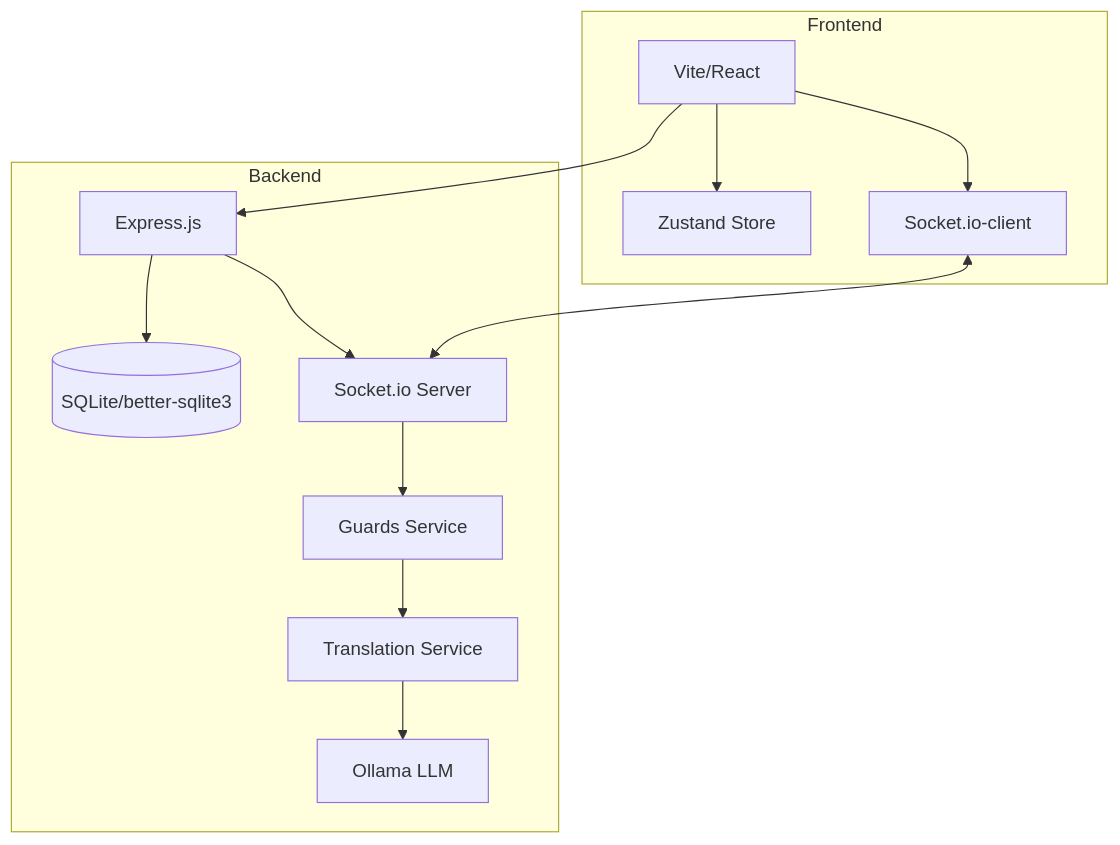
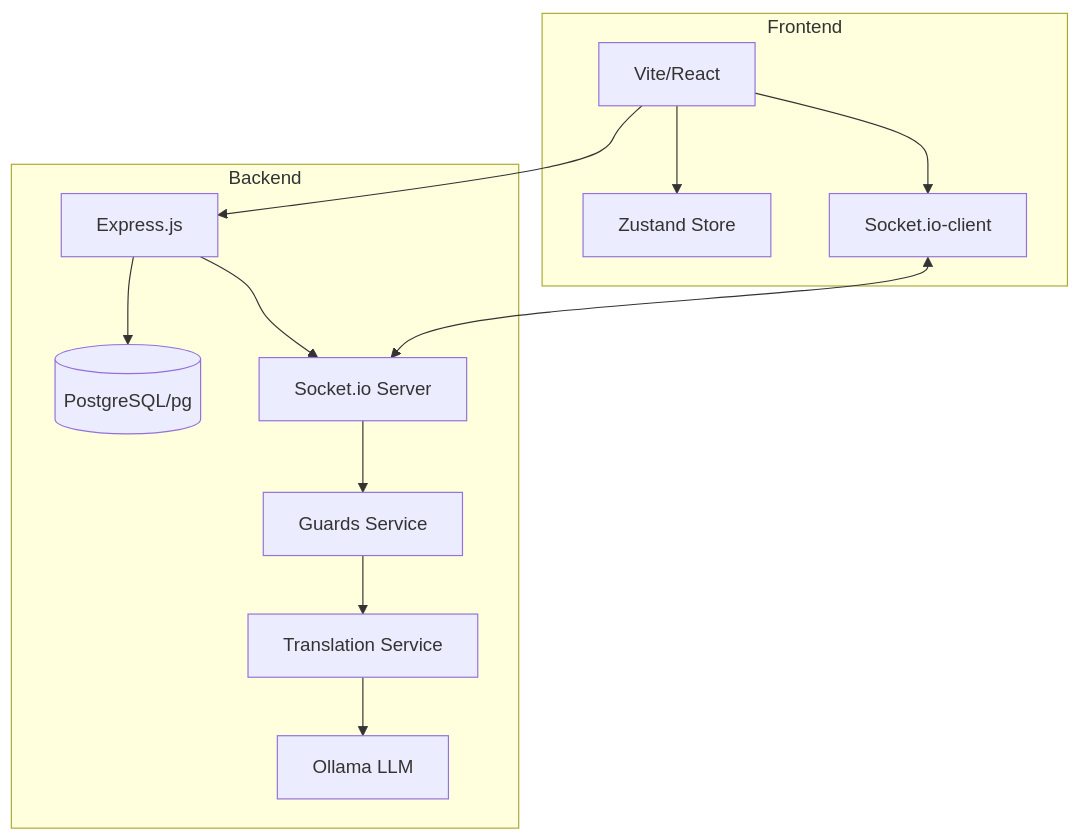
The first of 2 diagrams in ARCHITECTURE.md (Nathanhael/guichet), drawn with Mermaid before and after one commit. The commit also changed 7 other files, not shown here.

Commit message:
docs: reflect PostgreSQL migration and update demo user list

````diff
--- a/ARCHITECTURE.md
+++ b/ARCHITECTURE.md
@@ -9,18 +9,18 @@
 ```mermaid
 graph TD
     subgraph Frontend
         V[Vite/React] --> S[Zustand Store]
         V --> SC[Socket.io-client]
     end
 
     subgraph Backend
-        EX[Express.js] --> DB[(SQLite/better-sqlite3)]
+        EX[Express.js] --> DB[(PostgreSQL/pg)]
         EX --> SI[Socket.io Server]
         SI --> GS[Guards Service]
         GS --> TR[Translation Service]
         TR --> OL[Ollama LLM]
     end
 
     SC <--> SI
     V --> EX
 ```
````
